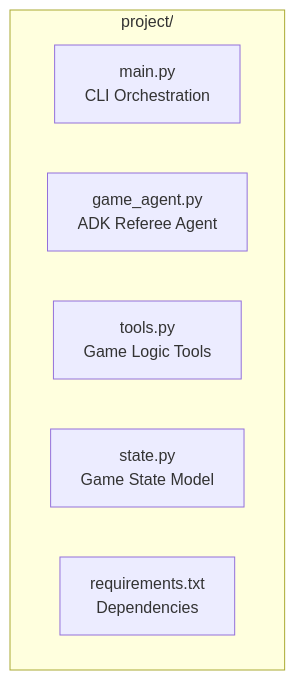
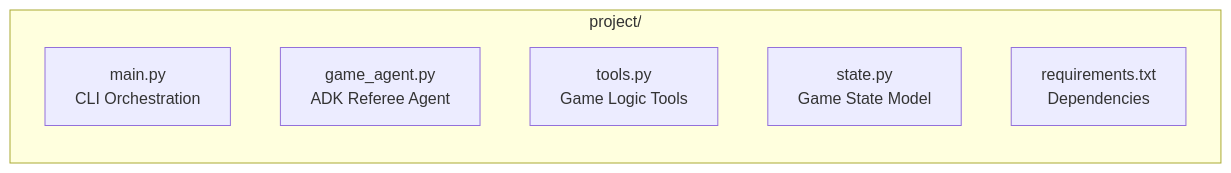
Before and after one commit to Rahullll101/Rock-Paper-Scissors-Plus-game: the second of 3 diagrams in readme.md, drawn with Mermaid.

````diff
--- a/readme.md
+++ b/readme.md
@@ -32,10 +32,10 @@
 ```mermaid
-flowchart TD
+flowchart LR
     subgraph ProjectRoot [project/]
         mainpy[main.py\nCLI Orchestration]
         agentpy[game_agent.py\nADK Referee Agent]
         toolspy[tools.py\nGame Logic Tools]
         statepy[state.py\nGame State Model]
         reqs[requirements.txt\nDependencies]
     end
 ```
````
